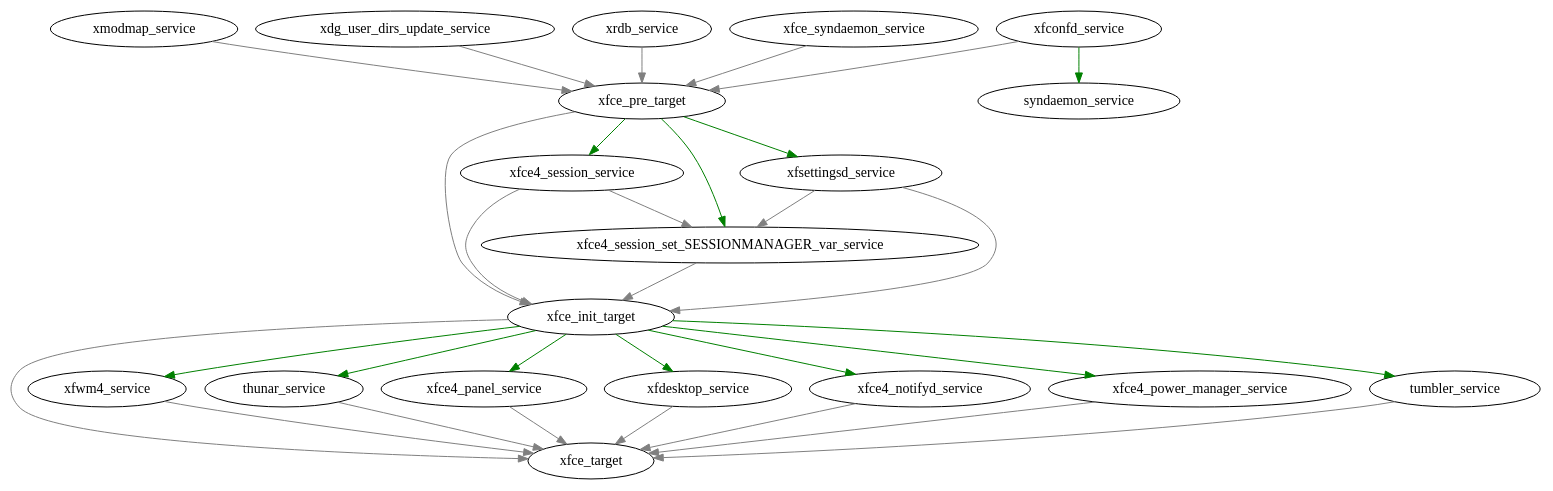
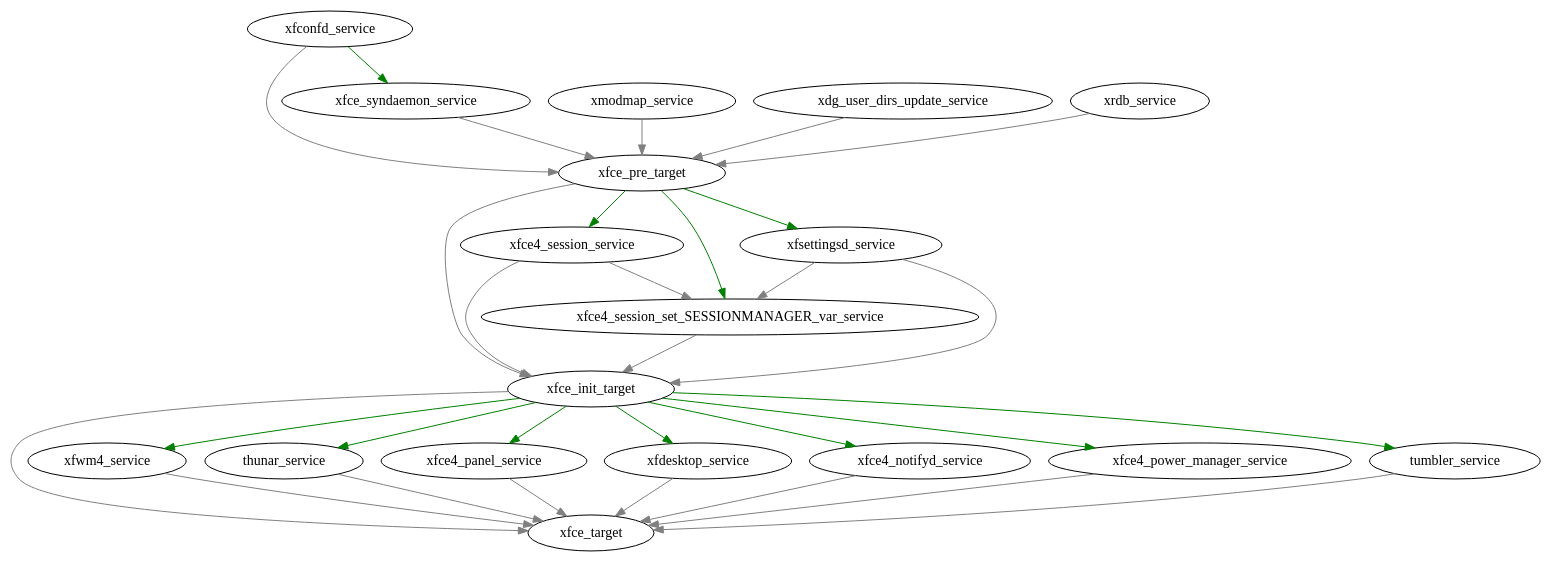
The diagram in doc/dependencies.dot (killermoehre/xfce-systemd-units), drawn with Graphviz before and after one commit. The commit also changed 1 other file, not shown here.

Commit message:
update graph again. missed a syndaemon

```diff
--- a/doc/dependencies.dot
+++ b/doc/dependencies.dot
@@ -1,47 +1,47 @@
 digraph xfce_systemd {
     ### WantedBy ###
     edge [color="grey"]
     # targets itself
     xfce_pre_target -> xfce_init_target;
     xfce_init_target -> xfce_target;
 
     # stuff for xfce-pre.target
     xfconfd_service -> xfce_pre_target;
     xmodmap_service -> xfce_pre_target;
     xdg_user_dirs_update_service -> xfce_pre_target;
     xrdb_service -> xfce_pre_target;
     xfce_syndaemon_service -> xfce_pre_target;
 
     # stuff for xfce-init.target
     xfce4_session_service -> xfce_init_target;
     xfce4_session_set_SESSIONMANAGER_var_service -> xfce_init_target;
     xfce4_session_service -> xfce4_session_set_SESSIONMANAGER_var_service;
     xfsettingsd_service -> xfce_init_target;
     xfsettingsd_service -> xfce4_session_set_SESSIONMANAGER_var_service;
 
     # stuff for xfce.target
     xfwm4_service -> xfce_target;
     thunar_service -> xfce_target;
     xfce4_panel_service -> xfce_target;
     xfdesktop_service -> xfce_target;
     xfce4_notifyd_service -> xfce_target;
     xfce4_power_manager_service -> xfce_target;
     tumbler_service -> xfce_target;
 
     ### Before ###
 
 
     ### After ###
     edge [color="green"]
     xfce_pre_target -> xfce4_session_service;
     xfce_pre_target -> xfce4_session_set_SESSIONMANAGER_var_service;
     xfce_pre_target -> xfsettingsd_service;
     xfce_init_target -> xfwm4_service;
     xfce_init_target -> thunar_service;
     xfce_init_target -> xfce4_panel_service;
     xfce_init_target -> xfdesktop_service;
     xfce_init_target -> xfce4_notifyd_service;
     xfce_init_target -> xfce4_power_manager_service;
     xfce_init_target -> tumbler_service;
-    xfconfd_service -> syndaemon_service;
+    xfconfd_service -> xfce_syndaemon_service;
 }
```
